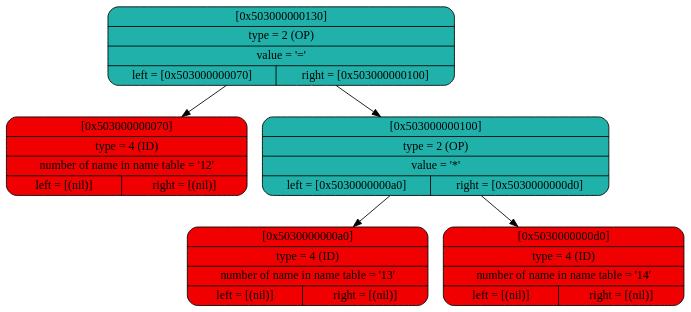
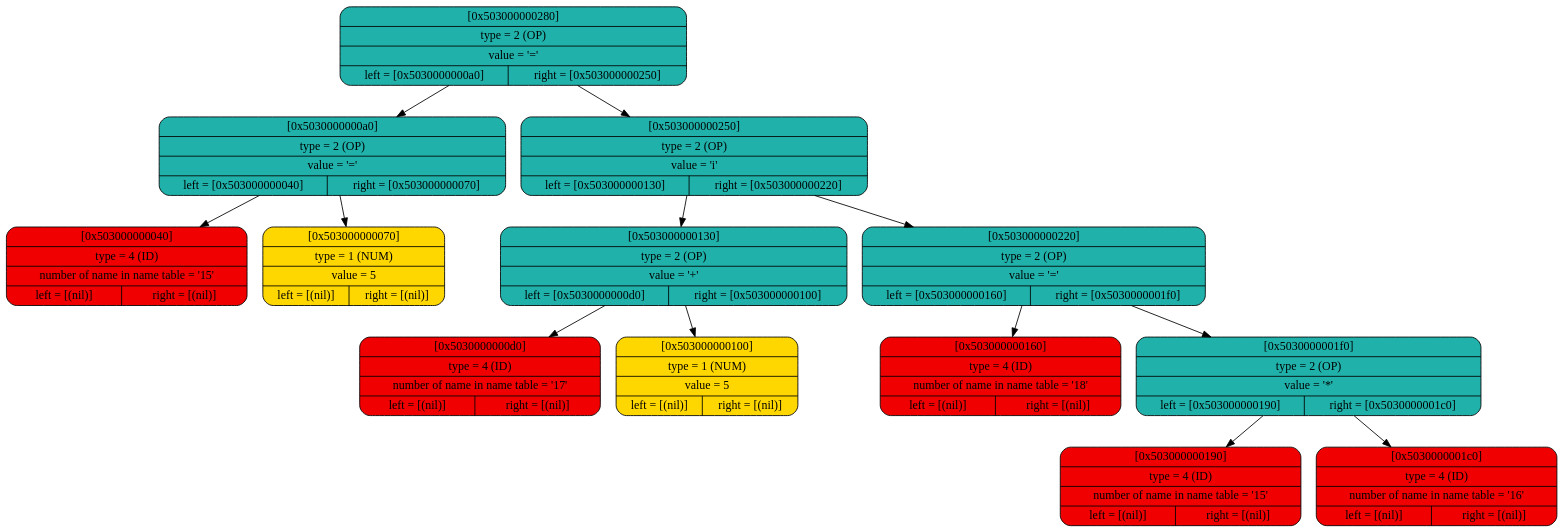
One commit to daniilgriga/MyProgrammingLanguage changed the diagram in build/graph_tree.dot. Above: the diagram before and after it, drawn with Graphviz. The commit also changed 5 other files, not shown here.

```diff
--- a/build/graph_tree.dot
+++ b/build/graph_tree.dot
@@ -1,14 +1,30 @@
 digraph
 {
 bgcolor="transparent"
-node0x503000000130 [shape=Mrecord; label = " { [0x503000000130] | type = 2 (OP)   | value = '=' | { left = [0x503000000070] | right = [0x503000000100] } }"; style = filled; fillcolor = "#20B2AA"];
-node0x503000000130 -> node0x503000000070;
+node0x503000000280 [shape=Mrecord; label = " { [0x503000000280] | type = 2 (OP)   | value = '=' | { left = [0x5030000000a0] | right = [0x503000000250] } }"; style = filled; fillcolor = "#20B2AA"];
+node0x503000000280 -> node0x5030000000a0;
+node0x503000000280 -> node0x503000000250;
+node0x5030000000a0 [shape=Mrecord; label = " { [0x5030000000a0] | type = 2 (OP)   | value = '=' | { left = [0x503000000040] | right = [0x503000000070] } }"; style = filled; fillcolor = "#20B2AA"];
+node0x5030000000a0 -> node0x503000000040;
+node0x5030000000a0 -> node0x503000000070;
+node0x503000000040 [shape=Mrecord; label = " { [0x503000000040] | type = 4 (ID)   | number of name in name table = '15' | { left = [(nil)] | right = [(nil)] } }"; style = filled; fillcolor = "#F00000"];
+node0x503000000070 [shape=Mrecord; label = " { [0x503000000070] | type = 1 (NUM)  | value = 5   | { left = [(nil)] | right = [(nil)] } }"; style = filled; fillcolor = "#FFD700"];
+node0x503000000250 [shape=Mrecord; label = " { [0x503000000250] | type = 2 (OP)   | value = 'i' | { left = [0x503000000130] | right = [0x503000000220] } }"; style = filled; fillcolor = "#20B2AA"];
+node0x503000000250 -> node0x503000000130;
+node0x503000000250 -> node0x503000000220;
+node0x503000000130 [shape=Mrecord; label = " { [0x503000000130] | type = 2 (OP)   | value = '+' | { left = [0x5030000000d0] | right = [0x503000000100] } }"; style = filled; fillcolor = "#20B2AA"];
+node0x503000000130 -> node0x5030000000d0;
 node0x503000000130 -> node0x503000000100;
-node0x503000000070 [shape=Mrecord; label = " { [0x503000000070] | type = 4 (ID)   | number of name in name table = '12' | { left = [(nil)] | right = [(nil)] } }"; style = filled; fillcolor = "#F00000"];
-node0x503000000100 [shape=Mrecord; label = " { [0x503000000100] | type = 2 (OP)   | value = '*' | { left = [0x5030000000a0] | right = [0x5030000000d0] } }"; style = filled; fillcolor = "#20B2AA"];
-node0x503000000100 -> node0x5030000000a0;
-node0x503000000100 -> node0x5030000000d0;
-node0x5030000000a0 [shape=Mrecord; label = " { [0x5030000000a0] | type = 4 (ID)   | number of name in name table = '13' | { left = [(nil)] | right = [(nil)] } }"; style = filled; fillcolor = "#F00000"];
-node0x5030000000d0 [shape=Mrecord; label = " { [0x5030000000d0] | type = 4 (ID)   | number of name in name table = '14' | { left = [(nil)] | right = [(nil)] } }"; style = filled; fillcolor = "#F00000"];
+node0x5030000000d0 [shape=Mrecord; label = " { [0x5030000000d0] | type = 4 (ID)   | number of name in name table = '17' | { left = [(nil)] | right = [(nil)] } }"; style = filled; fillcolor = "#F00000"];
+node0x503000000100 [shape=Mrecord; label = " { [0x503000000100] | type = 1 (NUM)  | value = 5   | { left = [(nil)] | right = [(nil)] } }"; style = filled; fillcolor = "#FFD700"];
+node0x503000000220 [shape=Mrecord; label = " { [0x503000000220] | type = 2 (OP)   | value = '=' | { left = [0x503000000160] | right = [0x5030000001f0] } }"; style = filled; fillcolor = "#20B2AA"];
+node0x503000000220 -> node0x503000000160;
+node0x503000000220 -> node0x5030000001f0;
+node0x503000000160 [shape=Mrecord; label = " { [0x503000000160] | type = 4 (ID)   | number of name in name table = '18' | { left = [(nil)] | right = [(nil)] } }"; style = filled; fillcolor = "#F00000"];
+node0x5030000001f0 [shape=Mrecord; label = " { [0x5030000001f0] | type = 2 (OP)   | value = '*' | { left = [0x503000000190] | right = [0x5030000001c0] } }"; style = filled; fillcolor = "#20B2AA"];
+node0x5030000001f0 -> node0x503000000190;
+node0x5030000001f0 -> node0x5030000001c0;
+node0x503000000190 [shape=Mrecord; label = " { [0x503000000190] | type = 4 (ID)   | number of name in name table = '15' | { left = [(nil)] | right = [(nil)] } }"; style = filled; fillcolor = "#F00000"];
+node0x5030000001c0 [shape=Mrecord; label = " { [0x5030000001c0] | type = 4 (ID)   | number of name in name table = '16' | { left = [(nil)] | right = [(nil)] } }"; style = filled; fillcolor = "#F00000"];
 
 }
```
